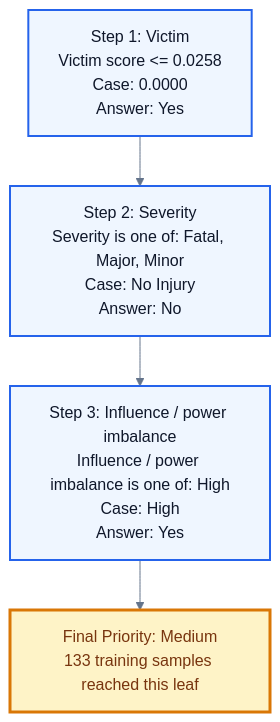
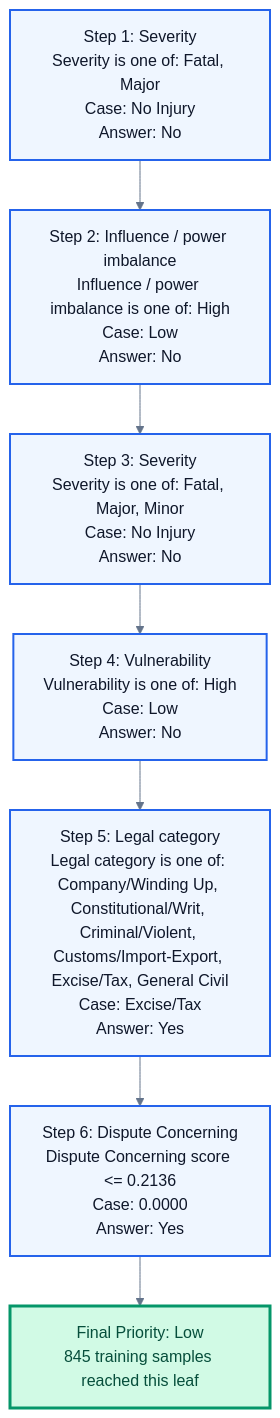
The diagram in case_priority_system/decision_graphs/A_K_Kaimal_vs_Sudarsen_Trading_Co_Ltd_And_Anr_on_1_January_1800_decision_report.md (The-Yesh21/Anavaya-back-end), drawn with Mermaid before and after one commit. The commit also changed other lines of this file and 40 other files, not shown here.

First line of the commit message:
Add CLAUDE.md, courtroom data, and new case ANV-2026-0004 with updated decision graphs

````diff
--- a/case_priority_system/decision_graphs/A_K_Kaimal_vs_Sudarsen_Trading_Co_Ltd_And_Anr_on_1_January_1800_decision_report.md
+++ b/case_priority_system/decision_graphs/A_K_Kaimal_vs_Sudarsen_Trading_Co_Ltd_And_Anr_on_1_January_1800_decision_report.md
@@ -107,13 +107,19 @@
 ```mermaid
 %%{init: {'theme': 'base', 'themeVariables': {'fontFamily': 'Inter, Arial', 'primaryColor': '#F8FAFC', 'primaryTextColor': '#0F172A', 'primaryBorderColor': '#64748B', 'lineColor': '#64748B'}} }%%
 flowchart TD
-  N0["Step 1: Victim<br/>Victim score <= 0.0258<br/>Case: 0.0000<br/>Answer: Yes"]:::decision
-  N1["Step 2: Severity<br/>Severity is one of: Fatal, Major, Minor<br/>Case: No Injury<br/>Answer: No"]:::decision
+  N0["Step 1: Severity<br/>Severity is one of: Fatal, Major<br/>Case: No Injury<br/>Answer: No"]:::decision
+  N1["Step 2: Influence / power imbalance<br/>Influence / power imbalance is one of: High<br/>Case: Low<br/>Answer: No"]:::decision
   N0 --> N1
-  N2["Step 3: Influence / power imbalance<br/>Influence / power imbalance is one of: High<br/>Case: High<br/>Answer: Yes"]:::decision
+  N2["Step 3: Severity<br/>Severity is one of: Fatal, Major, Minor<br/>Case: No Injury<br/>Answer: No"]:::decision
   N1 --> N2
-  N3["Final Priority: Medium<br/>133 training samples reached this leaf"]:::leaf
+  N3["Step 4: Vulnerability<br/>Vulnerability is one of: High<br/>Case: Low<br/>Answer: No"]:::decision
   N2 --> N3
+  N4["Step 5: Legal category<br/>Legal category is one of: Company/Winding Up, Constitutional/Writ, Criminal/Violent, Customs/Import-Export, Excise/Tax, General Civil<br/>Case: Excise/Tax<br/>Answer: Yes"]:::decision
+  N3 --> N4
+  N5["Step 6: Dispute Concerning<br/>Dispute Concerning score <= 0.2136<br/>Case: 0.0000<br/>Answer: Yes"]:::decision
+  N4 --> N5
+  N6["Final Priority: Low<br/>845 training samples reached this leaf"]:::leaf
+  N5 --> N6
   classDef decision fill:#EFF6FF,stroke:#2563EB,stroke-width:2px,color:#0F172A;
-  classDef leaf fill:#FEF3C7,stroke:#D97706,stroke-width:3px,color:#78350F;
+  classDef leaf fill:#D1FAE5,stroke:#059669,stroke-width:3px,color:#064E3B;
 ```
````
